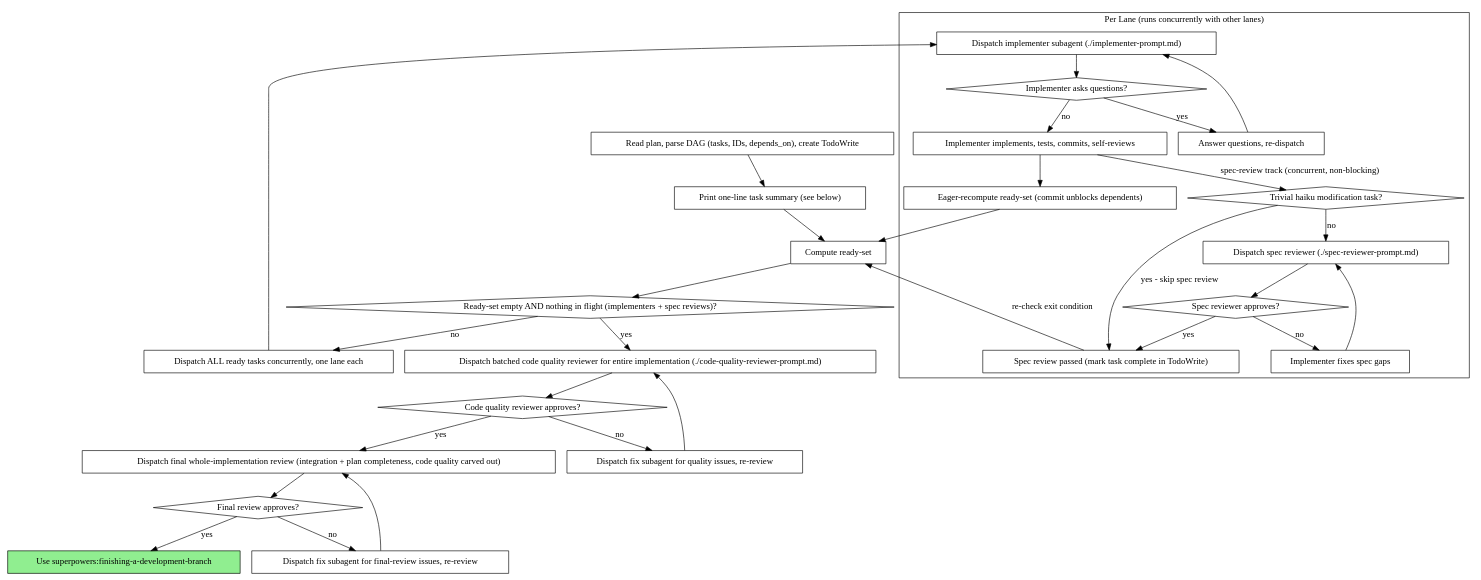
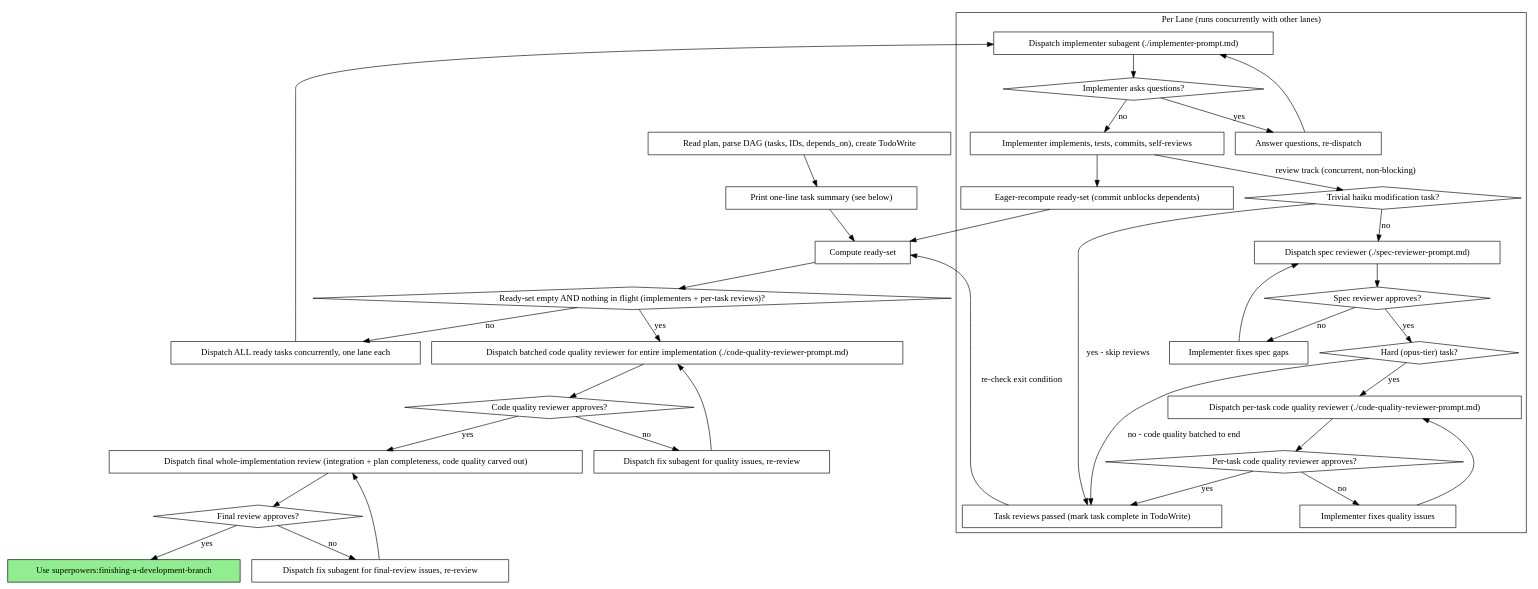
The second of 2 diagrams in skills/subagent-driven-development/SKILL.md (kimjg1119/superpowers), drawn with Graphviz before and after one commit. The commit also changed other lines of this file and 7 other files, not shown here.

First line of the commit message:
feat: add per-task code quality review for hard tasks

````diff
--- a/skills/subagent-driven-development/SKILL.md
+++ b/skills/subagent-driven-development/SKILL.md
@@ -45,65 +45,75 @@
 ```dot
 digraph process {
     rankdir=TB;
 
     "Read plan, parse DAG (tasks, IDs, depends_on), create TodoWrite" [shape=box];
     "Print one-line task summary (see below)" [shape=box];
     "Compute ready-set" [shape=box];
-    "Ready-set empty AND nothing in flight (implementers + spec reviews)?" [shape=diamond];
+    "Ready-set empty AND nothing in flight (implementers + per-task reviews)?" [shape=diamond];
     "Dispatch ALL ready tasks concurrently, one lane each" [shape=box];
     "Dispatch batched code quality reviewer for entire implementation (./code-quality-reviewer-prompt.md)" [shape=box];
     "Code quality reviewer approves?" [shape=diamond];
     "Dispatch fix subagent for quality issues, re-review" [shape=box];
     "Dispatch final whole-implementation review (integration + plan completeness, code quality carved out)" [shape=box];
     "Final review approves?" [shape=diamond];
     "Dispatch fix subagent for final-review issues, re-review" [shape=box];
     "Use superpowers:finishing-a-development-branch" [shape=box style=filled fillcolor=lightgreen];
 
     subgraph cluster_lane {
         label="Per Lane (runs concurrently with other lanes)";
         "Dispatch implementer subagent (./implementer-prompt.md)" [shape=box];
         "Implementer asks questions?" [shape=diamond];
         "Answer questions, re-dispatch" [shape=box];
         "Implementer implements, tests, commits, self-reviews" [shape=box];
         "Eager-recompute ready-set (commit unblocks dependents)" [shape=box];
         "Trivial haiku modification task?" [shape=diamond];
         "Dispatch spec reviewer (./spec-reviewer-prompt.md)" [shape=box];
         "Spec reviewer approves?" [shape=diamond];
         "Implementer fixes spec gaps" [shape=box];
-        "Spec review passed (mark task complete in TodoWrite)" [shape=box];
+        "Hard (opus-tier) task?" [shape=diamond];
+        "Dispatch per-task code quality reviewer (./code-quality-reviewer-prompt.md)" [shape=box];
+        "Per-task code quality reviewer approves?" [shape=diamond];
+        "Implementer fixes quality issues" [shape=box];
+        "Task reviews passed (mark task complete in TodoWrite)" [shape=box];
     }
 
     "Read plan, parse DAG (tasks, IDs, depends_on), create TodoWrite" -> "Print one-line task summary (see below)";
     "Print one-line task summary (see below)" -> "Compute ready-set";
-    "Compute ready-set" -> "Ready-set empty AND nothing in flight (implementers + spec reviews)?";
-    "Ready-set empty AND nothing in flight (implementers + spec reviews)?" -> "Dispatch batched code quality reviewer for entire implementation (./code-quality-reviewer-prompt.md)" [label="yes"];
-    "Ready-set empty AND nothing in flight (implementers + spec reviews)?" -> "Dispatch ALL ready tasks concurrently, one lane each" [label="no"];
+    "Compute ready-set" -> "Ready-set empty AND nothing in flight (implementers + per-task reviews)?";
+    "Ready-set empty AND nothing in flight (implementers + per-task reviews)?" -> "Dispatch batched code quality reviewer for entire implementation (./code-quality-reviewer-prompt.md)" [label="yes"];
+    "Ready-set empty AND nothing in flight (implementers + per-task reviews)?" -> "Dispatch ALL ready tasks concurrently, one lane each" [label="no"];
     "Dispatch ALL ready tasks concurrently, one lane each" -> "Dispatch implementer subagent (./implementer-prompt.md)";
 
     "Dispatch implementer subagent (./implementer-prompt.md)" -> "Implementer asks questions?";
     "Implementer asks questions?" -> "Answer questions, re-dispatch" [label="yes"];
     "Answer questions, re-dispatch" -> "Dispatch implementer subagent (./implementer-prompt.md)";
     "Implementer asks questions?" -> "Implementer implements, tests, commits, self-reviews" [label="no"];
 
     "Implementer implements, tests, commits, self-reviews" -> "Eager-recompute ready-set (commit unblocks dependents)";
     "Eager-recompute ready-set (commit unblocks dependents)" -> "Compute ready-set";
-    "Implementer implements, tests, commits, self-reviews" -> "Trivial haiku modification task?" [label="spec-review track (concurrent, non-blocking)"];
-    "Trivial haiku modification task?" -> "Spec review passed (mark task complete in TodoWrite)" [label="yes - skip spec review"];
+    "Implementer implements, tests, commits, self-reviews" -> "Trivial haiku modification task?" [label="review track (concurrent, non-blocking)"];
+    "Trivial haiku modification task?" -> "Task reviews passed (mark task complete in TodoWrite)" [label="yes - skip reviews"];
     "Trivial haiku modification task?" -> "Dispatch spec reviewer (./spec-reviewer-prompt.md)" [label="no"];
 
     "Dispatch spec reviewer (./spec-reviewer-prompt.md)" -> "Spec reviewer approves?";
     "Spec reviewer approves?" -> "Implementer fixes spec gaps" [label="no"];
     "Implementer fixes spec gaps" -> "Dispatch spec reviewer (./spec-reviewer-prompt.md)";
-    "Spec reviewer approves?" -> "Spec review passed (mark task complete in TodoWrite)" [label="yes"];
-    "Spec review passed (mark task complete in TodoWrite)" -> "Compute ready-set" [label="re-check exit condition"];
+    "Spec reviewer approves?" -> "Hard (opus-tier) task?" [label="yes"];
+    "Hard (opus-tier) task?" -> "Task reviews passed (mark task complete in TodoWrite)" [label="no - code quality batched to end"];
+    "Hard (opus-tier) task?" -> "Dispatch per-task code quality reviewer (./code-quality-reviewer-prompt.md)" [label="yes"];
+    "Dispatch per-task code quality reviewer (./code-quality-reviewer-prompt.md)" -> "Per-task code quality reviewer approves?";
+    "Per-task code quality reviewer approves?" -> "Implementer fixes quality issues" [label="no"];
+    "Implementer fixes quality issues" -> "Dispatch per-task code quality reviewer (./code-quality-reviewer-prompt.md)";
+    "Per-task code quality reviewer approves?" -> "Task reviews passed (mark task complete in TodoWrite)" [label="yes"];
+    "Task reviews passed (mark task complete in TodoWrite)" -> "Compute ready-set" [label="re-check exit condition"];
 
     "Dispatch batched code quality reviewer for entire implementation (./code-quality-reviewer-prompt.md)" -> "Code quality reviewer approves?";
     "Code quality reviewer approves?" -> "Dispatch fix subagent for quality issues, re-review" [label="no"];
     "Dispatch fix subagent for quality issues, re-review" -> "Dispatch batched code quality reviewer for entire implementation (./code-quality-reviewer-prompt.md)";
     "Code quality reviewer approves?" -> "Dispatch final whole-implementation review (integration + plan completeness, code quality carved out)" [label="yes"];
     "Dispatch final whole-implementation review (integration + plan completeness, code quality carved out)" -> "Final review approves?";
     "Final review approves?" -> "Dispatch fix subagent for final-review issues, re-review" [label="no"];
     "Dispatch fix subagent for final-review issues, re-review" -> "Dispatch final whole-implementation review (integration + plan completeness, code quality carved out)";
     "Final review approves?" -> "Use superpowers:finishing-a-development-branch" [label="yes"];
 }
 ```
````
